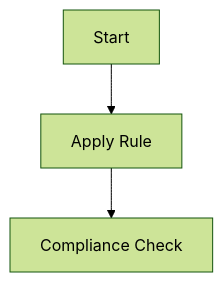
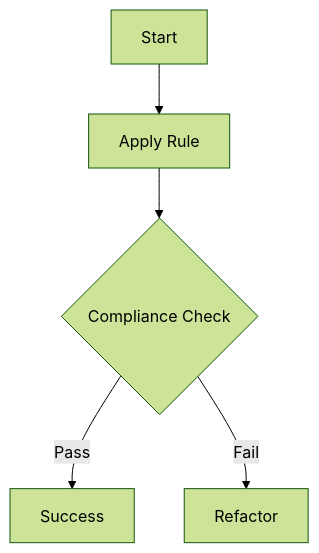
One commit to federicoferrulli/agents-antigravity changed the diagram in scripts/templates/rule.md. Above: the diagram before and after it, drawn with Mermaid (forest theme). The commit also changed other lines of this file and 23 other files, not shown here.

````diff
--- a/scripts/templates/rule.md
+++ b/scripts/templates/rule.md
@@ -14,5 +14,7 @@
 ```mermaid
 graph TD
     A[Start] --> B[Apply Rule]
-    B --> C[Compliance Check]
+    B --> C{Compliance Check}
+    C -- Pass --> D[Success]
+    C -- Fail --> E[Refactor]
 ```
````
